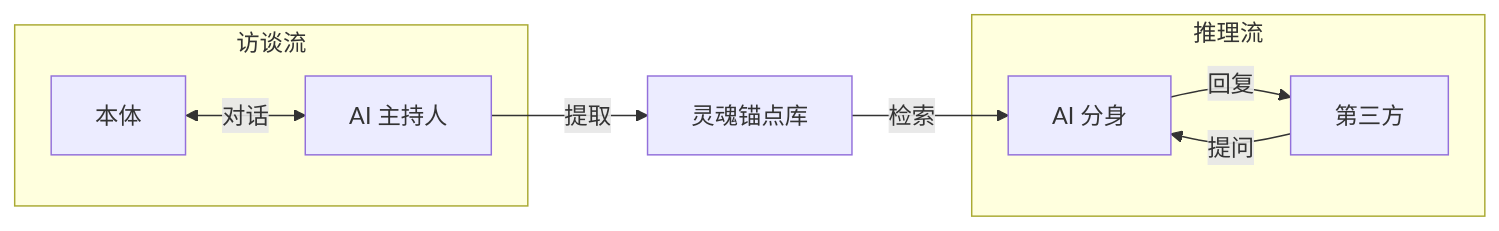
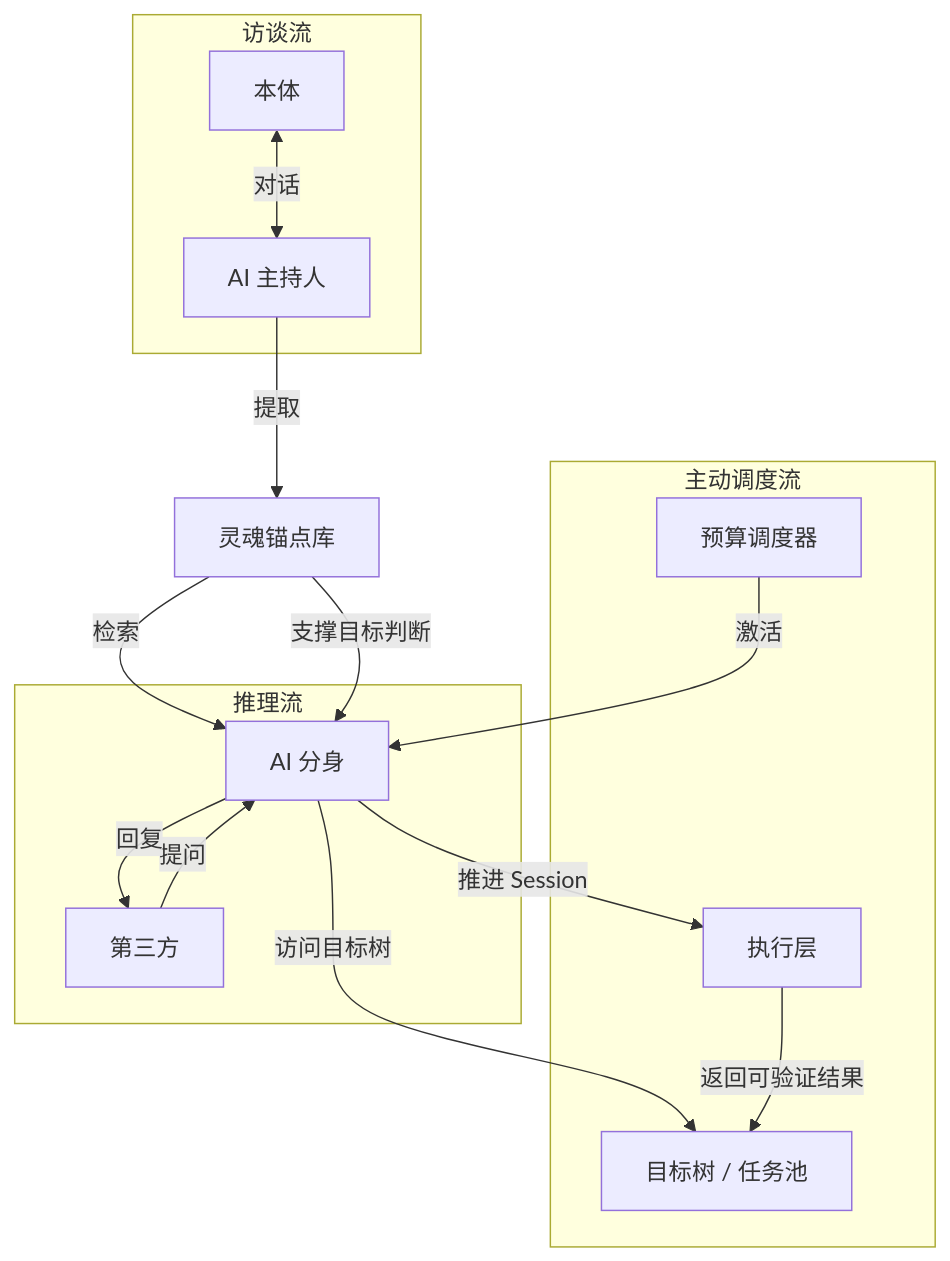
The first of 3 diagrams in README.md (zccz14/ReMi), drawn with Mermaid before and after one commit. The commit also changed other lines of this file, not shown here.

````diff
--- a/README.md
+++ b/README.md
@@ -30,14 +31,23 @@
 ```mermaid
-graph LR
+graph TD
     subgraph 访谈流
         A[本体] <-->|对话| B[AI 主持人]
     end
 
     B -->|提取| C[灵魂锚点库]
-    C -->|检索| E
 
     subgraph 推理流
         D[第三方] -->|提问| E[AI 分身]
         E -->|回复| D
     end
+
+    subgraph 主动调度流
+        H[预算调度器] -->|激活| E
+        E -->|访问目标树| I[目标树 / 任务池]
+        E -->|推进 Session| J[执行层]
+        J -->|返回可验证结果| I
+    end
+
+    C -->|检索| E
+    C -->|支撑目标判断| E
 ```
````
